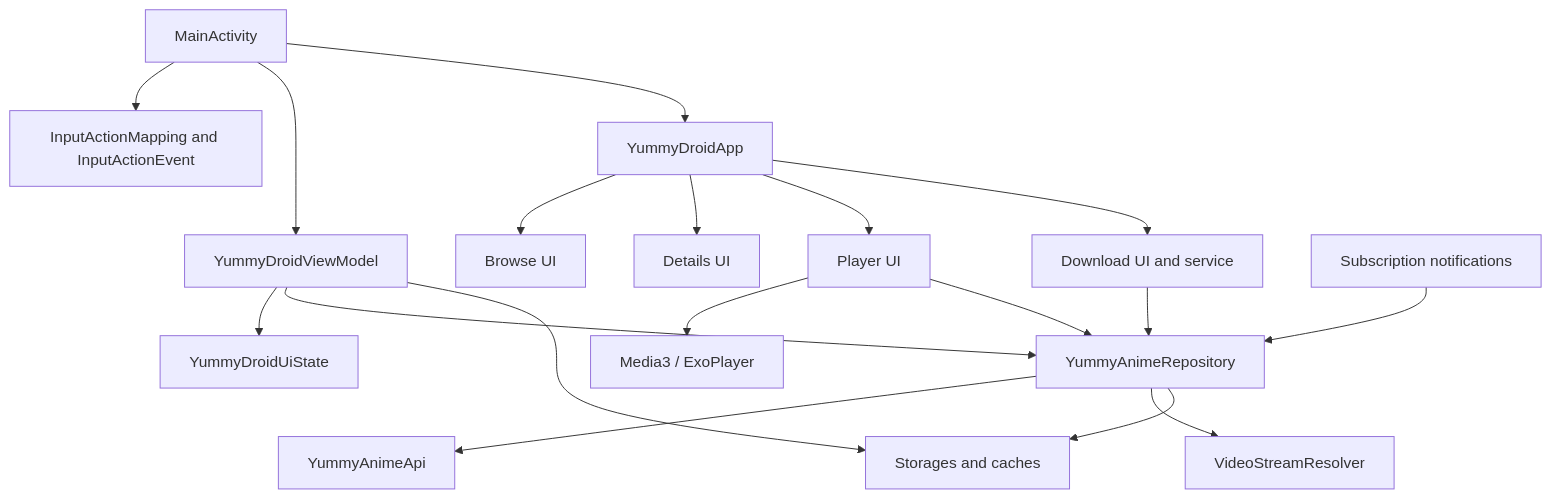
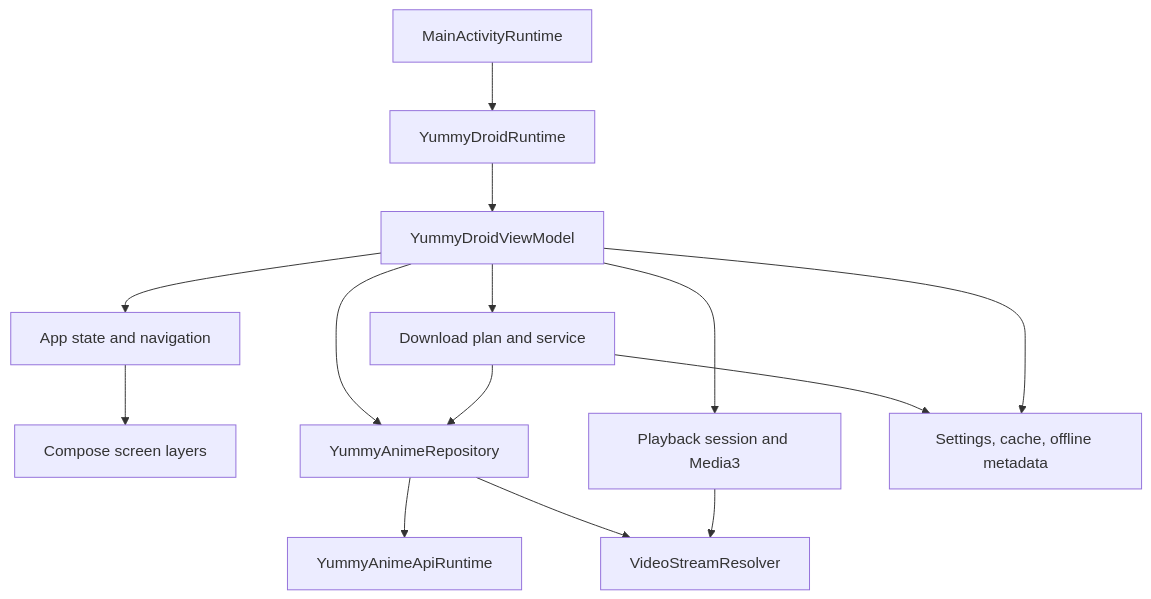
The diagram in docs/refactor-logic-map.md (saltek1995/YummyDroid), drawn with Mermaid before and after one commit. The commit also changed other lines of this file, not shown here.

Commit message:
Replace stale refactor log with architecture map

````diff
--- a/docs/refactor-logic-map.md
+++ b/docs/refactor-logic-map.md
@@ -25,36 +41,28 @@
 ```mermaid
 flowchart TD
-    Activity[MainActivity]
-    Input[InputActionMapping and InputActionEvent]
-    VM[YummyDroidViewModel]
-    State[YummyDroidUiState]
-    App[YummyDroidApp]
-    Browse[Browse UI]
-    Details[Details UI]
-    Player[Player UI]
-    Downloads[Download UI and service]
-    Notifications[Subscription notifications]
-    Repo[YummyAnimeRepository]
-    Api[YummyAnimeApi]
+    Activity[MainActivityRuntime]
+    Runtime[YummyDroidRuntime]
+    ViewModel[YummyDroidViewModel]
+    State[App state and navigation]
+    UI[Compose screen layers]
+    Repository[YummyAnimeRepository]
+    API[YummyAnimeApiRuntime]
     Resolver[VideoStreamResolver]
-    Storage[Storages and caches]
-    Media3[Media3 / ExoPlayer]
+    Player[Playback session and Media3]
+    Downloads[Download plan and service]
+    Storage[Settings, cache, offline metadata]
 
-    Activity --> Input
-    Activity --> VM
-    Activity --> App
-    VM --> State
-    App --> Browse
-    App --> Details
-    App --> Player
-    App --> Downloads
-    VM --> Repo
-    VM --> Storage
-    Downloads --> Repo
-    Notifications --> Repo
-    Repo --> Api
-    Repo --> Resolver
-    Repo --> Storage
-    Player --> Media3
-    Player --> Repo
+    Activity --> Runtime
+    Runtime --> ViewModel
+    ViewModel --> State
+    State --> UI
+    ViewModel --> Repository
+    Repository --> API
+    Repository --> Resolver
+    ViewModel --> Player
+    Player --> Resolver
+    ViewModel --> Downloads
+    Downloads --> Repository
+    Downloads --> Storage
+    ViewModel --> Storage
 ```
````
